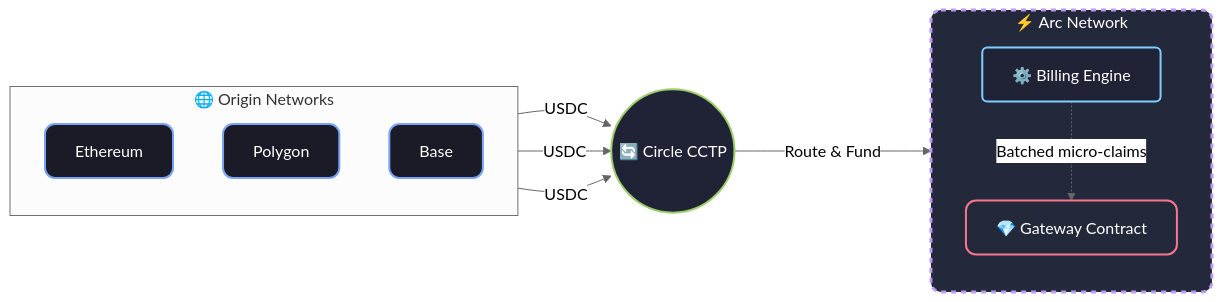
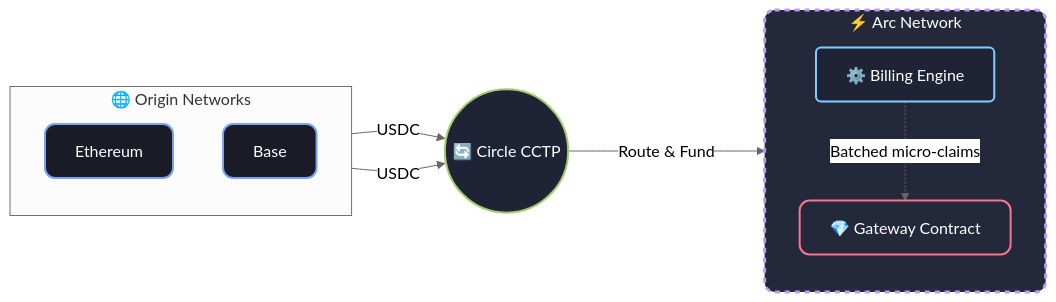
Before and after one commit to JaDi03/-Arc-Cashier: the diagram in docs/ARCHITECTURE.md, drawn with Mermaid (neutral theme). The commit also changed other lines of this file and 1 other file, not shown here.

Commit message:
docs: remove 0.5% fee mention and remove Polygon from CCTP architecture

````diff
--- a/docs/ARCHITECTURE.md
+++ b/docs/ARCHITECTURE.md
@@ -11,32 +11,30 @@
 ```mermaid
 flowchart LR
     %% Custom Premium Styling
     classDef origin fill:#1A1B26,stroke:#7AA2F7,stroke-width:2px,color:#FFFFFF,rx:10,ry:10
     classDef cctp fill:#1F2335,stroke:#9ECE6A,stroke-width:2px,color:#FFFFFF,rx:10,ry:10
     classDef arc fill:#24283B,stroke:#BB9AF7,stroke-width:3px,color:#FFFFFF,rx:10,ry:10,stroke-dasharray: 5 5
     classDef blockchain fill:#24283B,stroke:#F7768E,stroke-width:2px,color:#FFFFFF,rx:10,ry:10
     classDef engine fill:#1F2335,stroke:#7DCFFF,stroke-width:2px,color:#FFFFFF,rx:5,ry:5
 
     subgraph Origins ["🌐 Origin Networks"]
         direction TB
         ETH["Ethereum"]:::origin
-        POL["Polygon"]:::origin
         BAS["Base"]:::origin
     end
 
     CCTP(("🔄 Circle CCTP")):::cctp
     
     subgraph ArcNet ["⚡ Arc Network"]
         direction TB
         Gateway["💎 Gateway Contract"]:::blockchain
         Engine["⚙️ Billing Engine"]:::engine
     end
     class ArcNet arc
 
     ETH -->|"USDC"| CCTP
-    POL -->|"USDC"| CCTP
     BAS -->|"USDC"| CCTP
     
     CCTP --->|"Route & Fund"| Gateway
     Engine -.->|"Batched micro-claims"| Gateway
 ```
````
